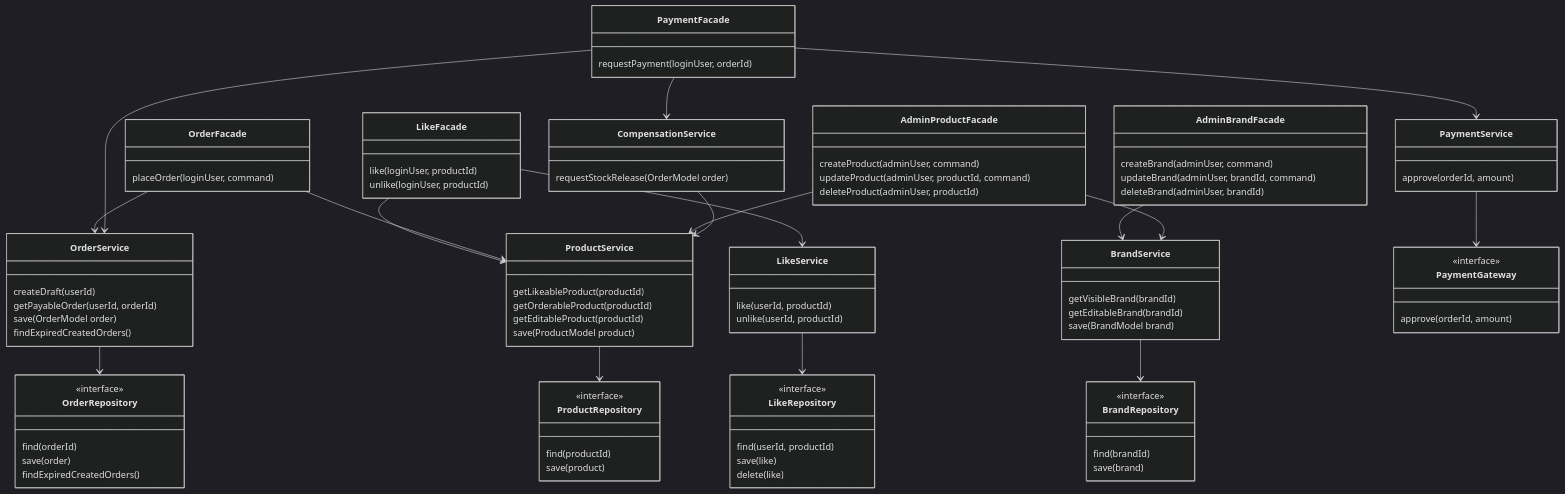
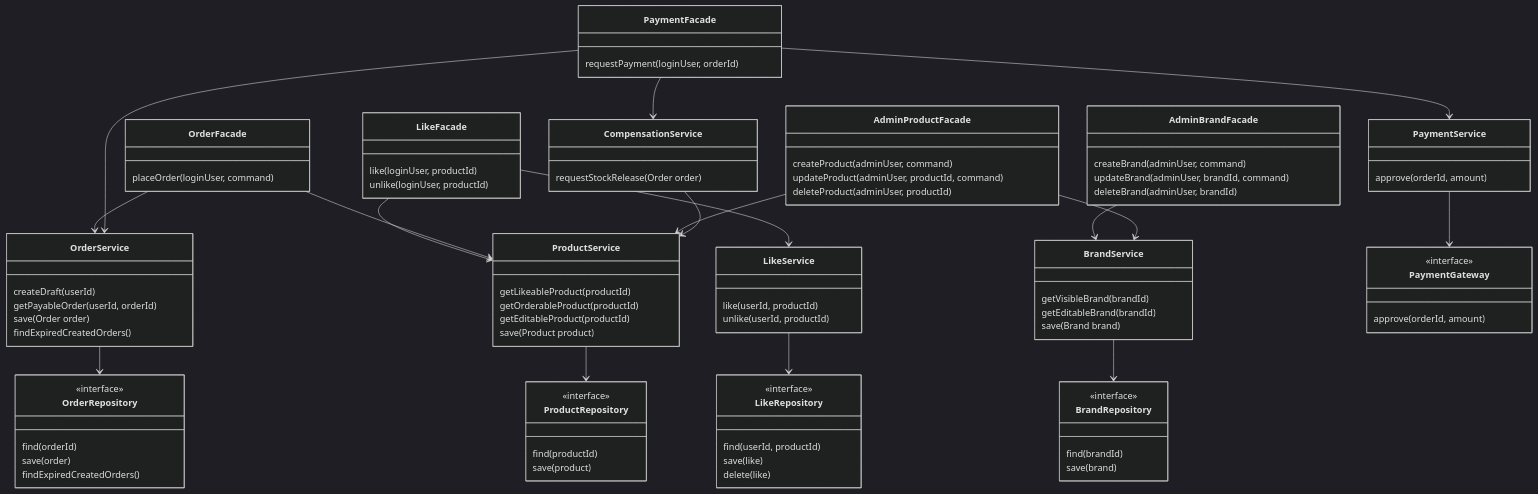
The second of 2 diagrams in docs/week2/03-class-diagram.md (loopers-labs/loop-pack-be-l2-vol4-java), drawn with Mermaid (dark theme) before and after one commit. The commit also changed other lines of this file and 6 other files, not shown here.

```diff
--- a/docs/week2/03-class-diagram.md
+++ b/docs/week2/03-class-diagram.md
@@ -225,14 +225,14 @@
     class BrandService {
         getVisibleBrand(brandId)
         getEditableBrand(brandId)
-        save(BrandModel brand)
+        save(Brand brand)
     }
 
     class ProductService {
         getLikeableProduct(productId)
         getOrderableProduct(productId)
         getEditableProduct(productId)
-        save(ProductModel product)
+        save(Product product)
     }
 
     class LikeService {
@@ -243,7 +243,7 @@
     class OrderService {
         createDraft(userId)
         getPayableOrder(userId, orderId)
-        save(OrderModel order)
+        save(Order order)
         findExpiredCreatedOrders()
     }
 
@@ -252,7 +252,7 @@
     }
 
     class CompensationService {
-        requestStockRelease(OrderModel order)
+        requestStockRelease(Order order)
     }
 
     class ProductRepository {
```
